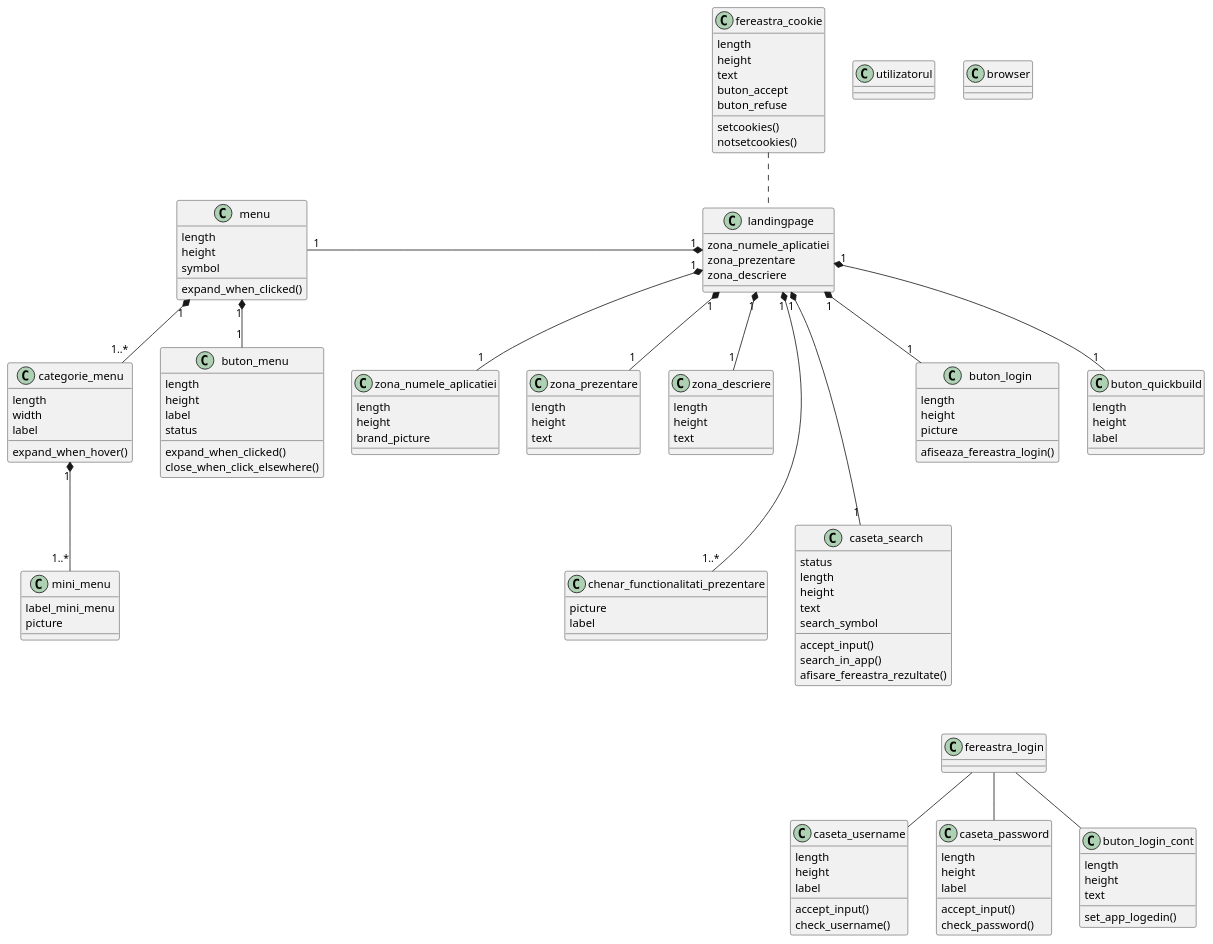
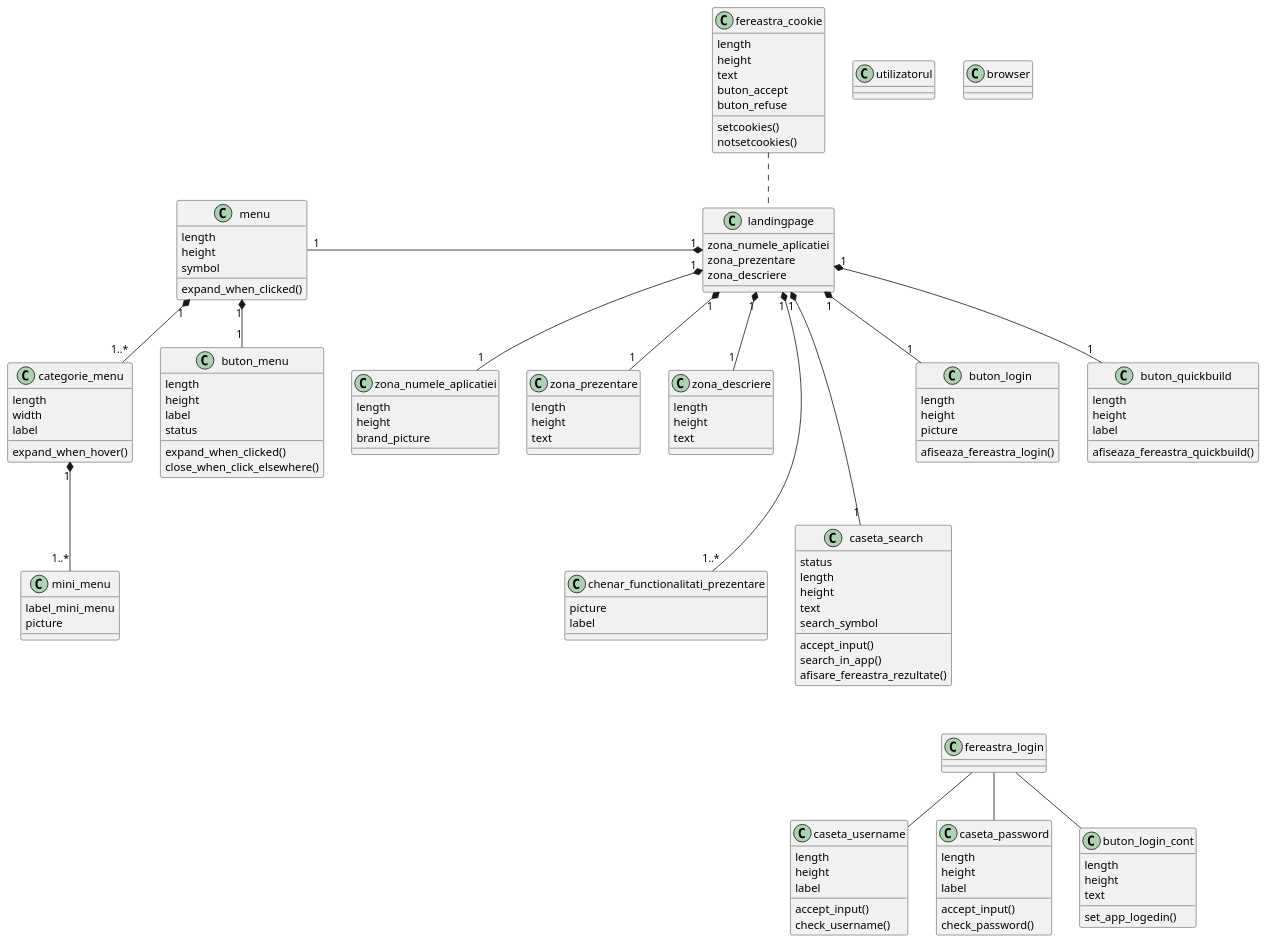
The diagram in ClassDiag2.puml (mih1tm/APP_PROTOTIP), drawn with PlantUML before and after one commit.

```diff
--- a/ClassDiag2.puml
+++ b/ClassDiag2.puml
@@ -1,179 +1,179 @@
 @startuml
 'https://plantuml.com/class-diagram
 
 class utilizatorul
 class browser
 class landingpage
 class zona_numele_aplicatiei
 class zona_prezentare
 class zona_descriere
 class fereastra_cookie
 class chenar_functionalitati_prezentare
 
 class menu
 class categorie_menu
 class mini_menu
 
 class caseta_search
 class buton_login
 class buton_quickbuild
 
 class fereastra_login
 class caseta_username
 class caseta_password
 class buton_login_cont
 
 'hidden
 buton_login ---down[hidden] fereastra_login
 
 landingpage "1" *--- "1..*" chenar_functionalitati_prezentare
 landingpage .up. fereastra_cookie
 landingpage "1" *-down- "1" zona_numele_aplicatiei
 landingpage "1" *-down- "1" zona_prezentare
 landingpage "1" *-down- "1" zona_descriere
 landingpage "1" *-left- "1" menu
 landingpage "1" *--- "1" caseta_search
 landingpage "1" *-- "1" buton_quickbuild
 landingpage "1" *-- "1" buton_login
 
 menu "1" *-- "1" buton_menu
 
 menu "1" *-- "1..*" categorie_menu
 categorie_menu "1" *-- "1..*" mini_menu
 
 fereastra_login -- caseta_password
 fereastra_login -- caseta_username
 fereastra_login -- buton_login_cont
 
 
 class landingpage
 {
 zona_numele_aplicatiei
 zona_prezentare
 zona_descriere
 }
 
 class zona_numele_aplicatiei
 {
 length
 height
 brand_picture
 }
 
 class zona_prezentare
 {
 length
 height
 text
 }
 
 class zona_descriere
 {
 length
 height
 text
 }
 
 class fereastra_cookie
 {
 length
 height
 text
 buton_accept
 buton_refuse
 setcookies()
 notsetcookies()
 }
 
 class buton_menu
 {
 length
 height
 label
 status
 expand_when_clicked()
 close_when_click_elsewhere()
 }
 
 class categorie_menu
 {
 length
 width
 label
 expand_when_hover()
 }
 
 class mini_menu
 {
 label_mini_menu
 picture
 }
 
 class menu
 {
 length
 height
 symbol
 expand_when_clicked()
 }
 
 class caseta_search
 {
 status
 length
 height
 text
 search_symbol
 accept_input()
 search_in_app()
 afisare_fereastra_rezultate()
 }
 
 class chenar_functionalitati_prezentare
 {
 picture
 label
 }
 
 class buton_login
 {
 length
 height
 picture
 afiseaza_fereastra_login()
 }
 
 class caseta_username
 {
 length
 height
 label
 accept_input()
 check_username()
 }
 
 class caseta_password
 {
 length
 height
 label
 accept_input()
 check_password()
 }
 
 class buton_login_cont
 {
 length
 height
 text
 set_app_logedin()
 }
 
 class buton_quickbuild
 {
 length
 height
 label
-
+afiseaza_fereastra_quickbuild()
 }
 @enduml
```
